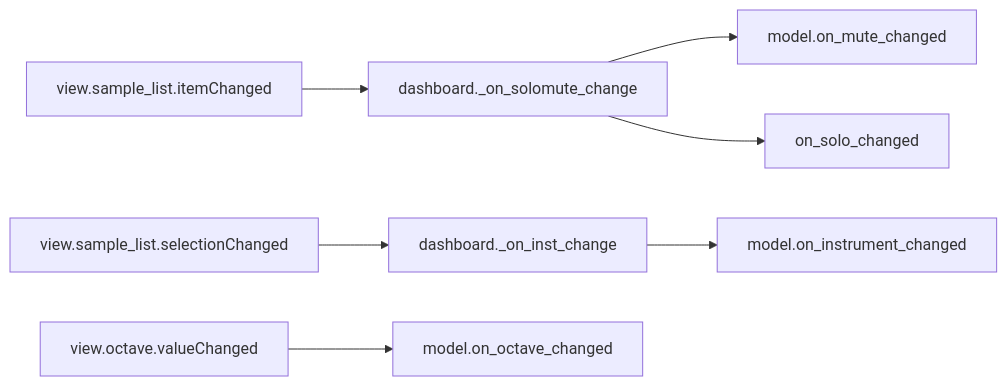
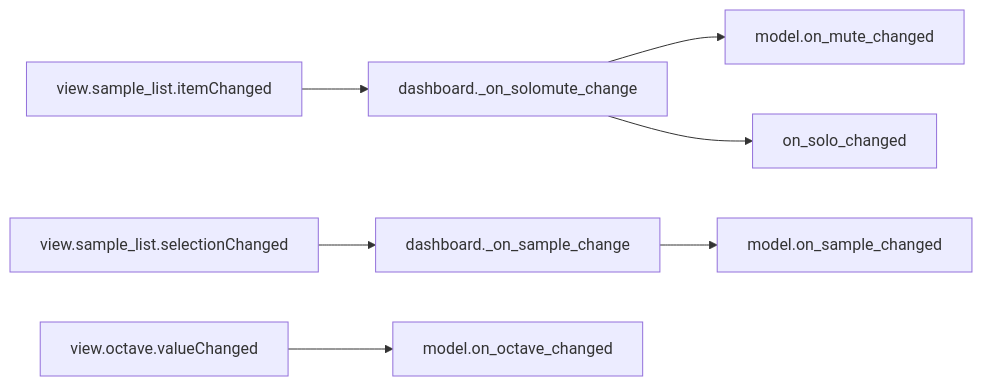
The fourth of 9 diagrams in doc/source/dashboard_signal_slot_map.rst (com-posers-pit/smw_music), drawn with Mermaid before and after one commit. The commit also changed 2 other files, not shown here.

Commit message:
Finish auto-populating & mapping multisamples
Now playing:
Forget About Freeman by Joel Nielsen

```diff
--- a/doc/source/dashboard_signal_slot_map.rst
+++ b/doc/source/dashboard_signal_slot_map.rst
@@ -89,6 +89,6 @@
 .. mermaid::
 
    flowchart LR
       view.sample_list.itemChanged --> dashboard._on_solomute_change --> model.on_mute_changed & on_solo_changed
-      view.sample_list.selectionChanged --> dashboard._on_inst_change --> model.on_instrument_changed
+      view.sample_list.selectionChanged --> dashboard._on_sample_change --> model.on_sample_changed
       view.octave.valueChanged --> model.on_octave_changed
```
